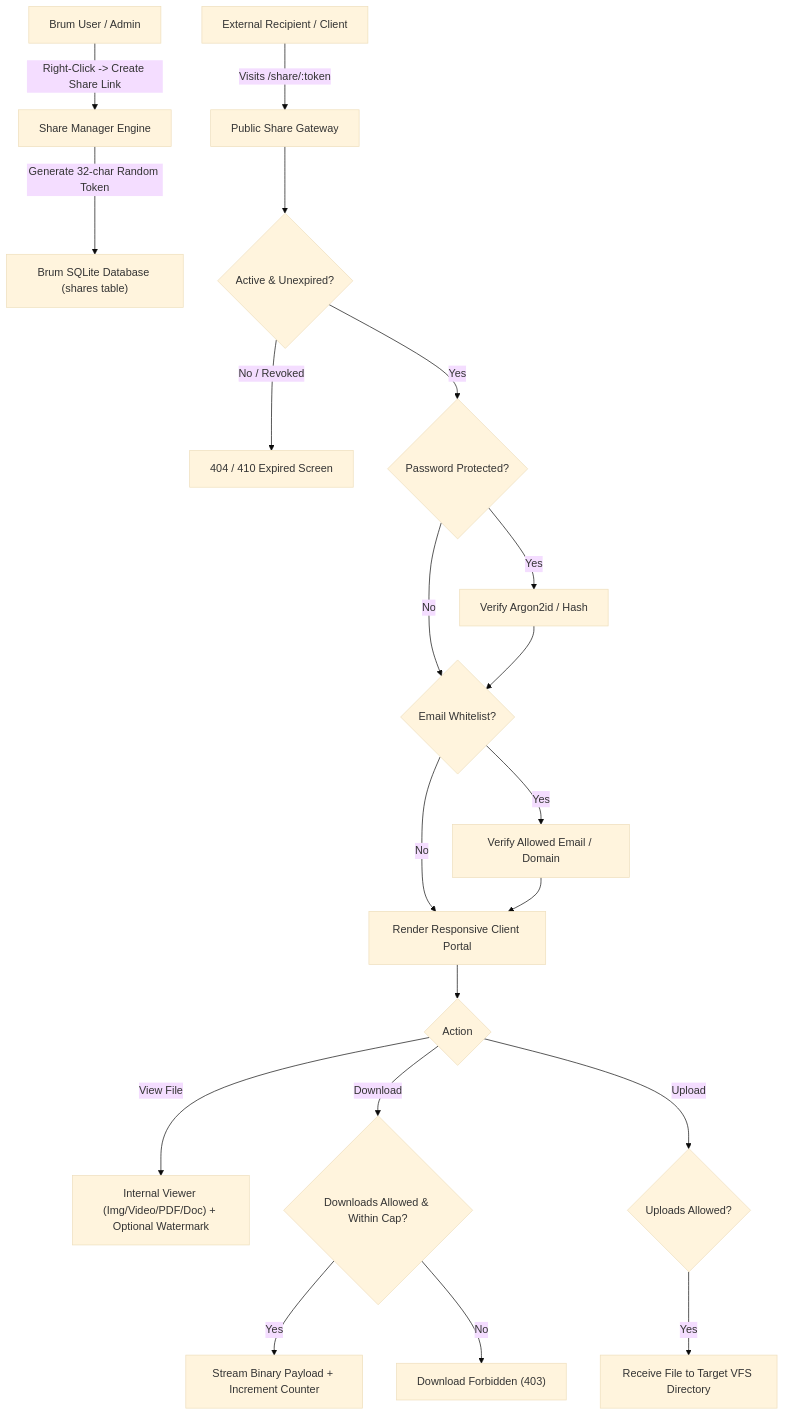
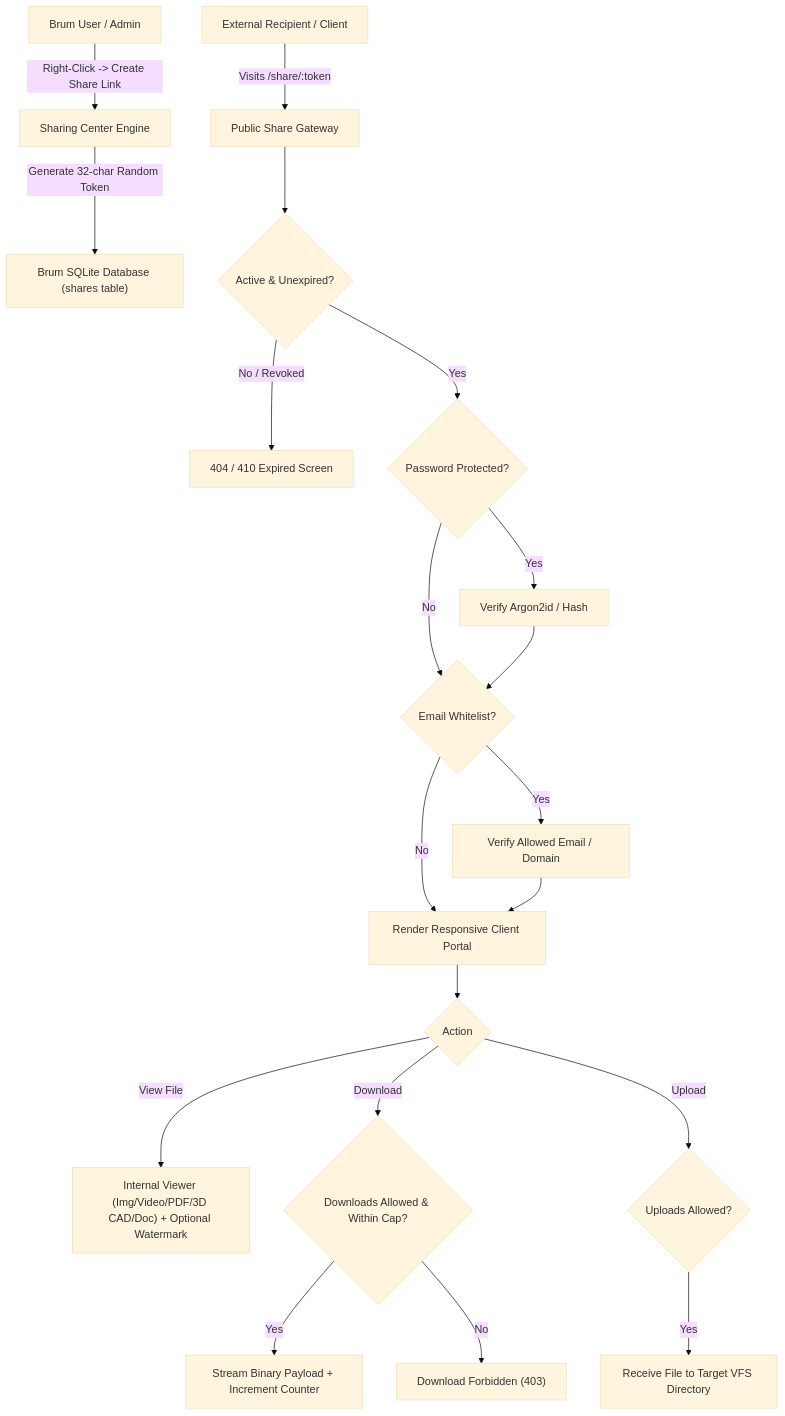
One commit to Woofson/brum changed the diagram in manuals/sharing.md. Above: the diagram before and after it, drawn with Mermaid (base theme). The commit also changed other lines of this file and 18 other files, not shown here.

````diff
--- a/manuals/sharing.md
+++ b/manuals/sharing.md
@@ -22,27 +23,27 @@
 ```mermaid
 flowchart TD
-    A["Brum User / Admin"] -->|"Right-Click -> Create Share Link"| B["Share Manager Engine"]
+    A["Brum User / Admin"] -->|"Right-Click -> Create Share Link"| B["Sharing Center Engine"]
     B -->|"Generate 32-char Random Token"| C["Brum SQLite Database (shares table)"]
     
     D["External Recipient / Client"] -->|"Visits /share/:token"| E["Public Share Gateway"]
     
     E --> F{"Active & Unexpired?"}
     F -->|"No / Revoked"| G["404 / 410 Expired Screen"]
     F -->|"Yes"| H{"Password Protected?"}
     
     H -->|"Yes"| I["Verify Argon2id / Hash"]
     H -->|"No"| J{"Email Whitelist?"}
     I --> J
     
     J -->|"Yes"| K["Verify Allowed Email / Domain"]
     J -->|"No"| L["Render Responsive Client Portal"]
     K --> L
     
     L --> M{"Action"}
-    M -->|"View File"| N["Internal Viewer (Img/Video/PDF/Doc) + Optional Watermark"]
+    M -->|"View File"| N["Internal Viewer (Img/Video/PDF/3D CAD/Doc) + Optional Watermark"]
     M -->|"Download"| O{"Downloads Allowed & Within Cap?"}
     O -->|"Yes"| P["Stream Binary Payload + Increment Counter"]
     O -->|"No"| Q["Download Forbidden (403)"]
     M -->|"Upload"| R{"Uploads Allowed?"}
     R -->|"Yes"| S["Receive File to Target VFS Directory"]
 ```
````
